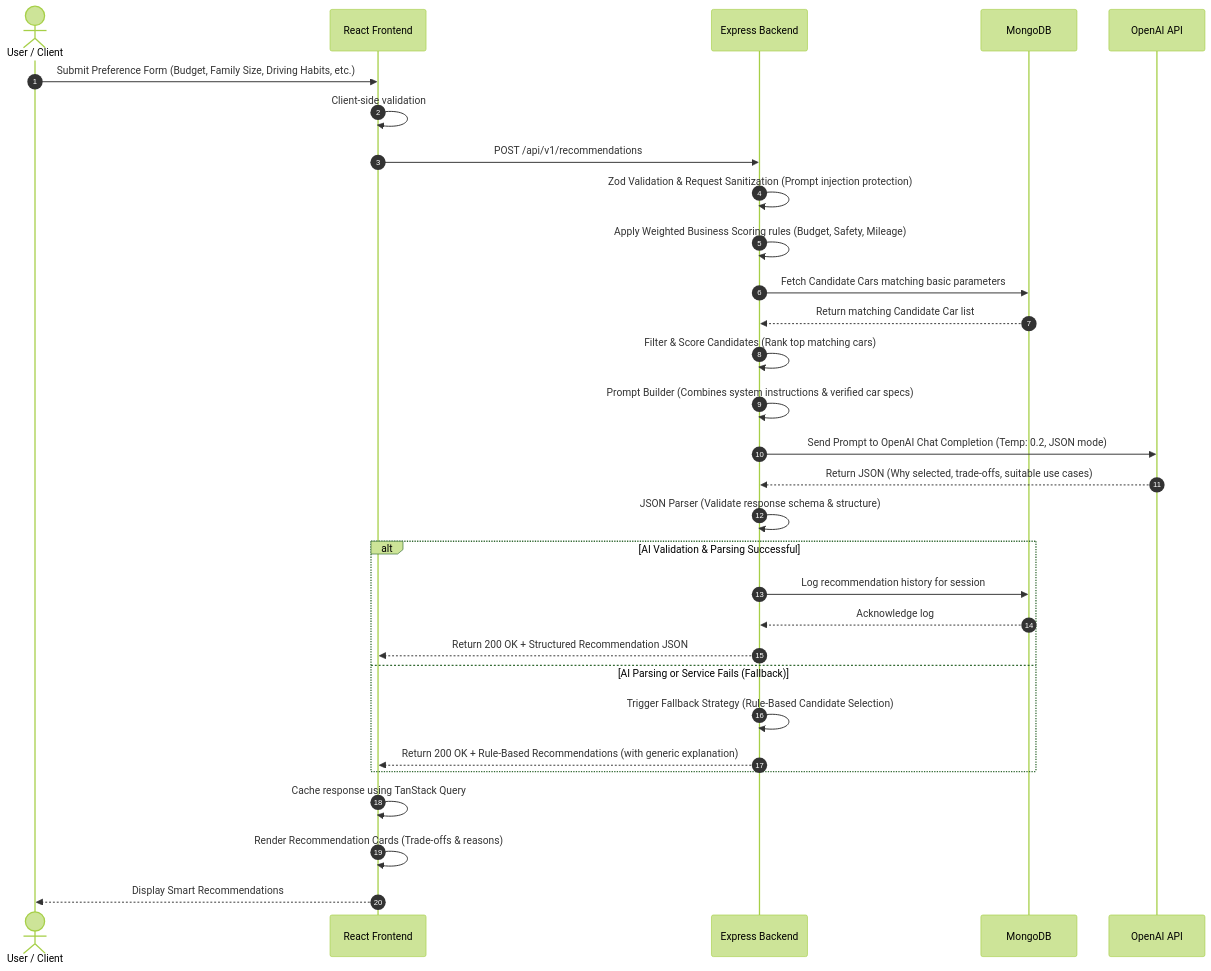
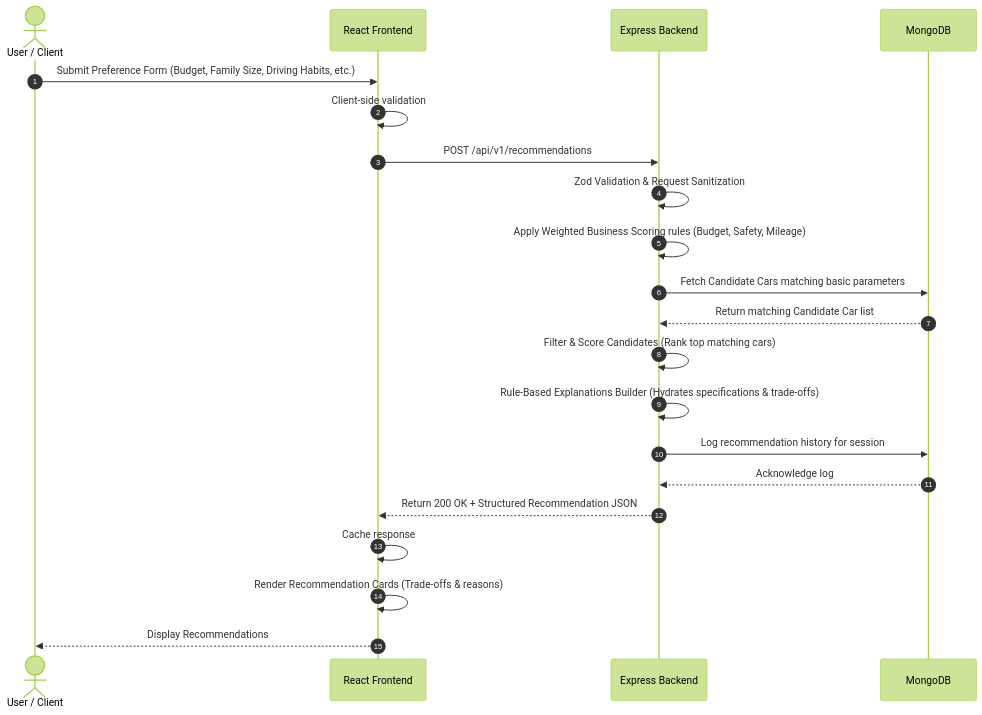
One commit to ShankarSwarup/cardekho_assignment changed the fourth of 10 diagrams in README.md. Above: the diagram before and after it, drawn with Mermaid (forest theme). The commit also changed other lines of this file and 63 other files, not shown here.

````diff
--- a/README.md
+++ b/README.md
@@ -124,35 +123,24 @@
 ```mermaid
 sequenceDiagram
     autonumber
     actor User as User / Client
     participant FE as React Frontend
     participant BE as Express Backend
     participant DB as MongoDB
-    participant AI as OpenAI API
     
     User->>FE: Submit Preference Form (Budget, Family Size, Driving Habits, etc.)
     FE->>FE: Client-side validation
     FE->>BE: POST /api/v1/recommendations
-    BE->>BE: Zod Validation & Request Sanitization (Prompt injection protection)
+    BE->>BE: Zod Validation & Request Sanitization
     BE->>BE: Apply Weighted Business Scoring rules (Budget, Safety, Mileage)
     BE->>DB: Fetch Candidate Cars matching basic parameters
     DB-->>BE: Return matching Candidate Car list
     BE->>BE: Filter & Score Candidates (Rank top matching cars)
-    BE->>BE: Prompt Builder (Combines system instructions & verified car specs)
-    BE->>AI: Send Prompt to OpenAI Chat Completion (Temp: 0.2, JSON mode)
-    AI-->>BE: Return JSON (Why selected, trade-offs, suitable use cases)
-    BE->>BE: JSON Parser (Validate response schema & structure)
-    
-    alt AI Validation & Parsing Successful
-        BE->>DB: Log recommendation history for session
-        DB-->>BE: Acknowledge log
-        BE-->>FE: Return 200 OK + Structured Recommendation JSON
-    else AI Parsing or Service Fails (Fallback)
-        BE->>BE: Trigger Fallback Strategy (Rule-Based Candidate Selection)
-        BE-->>FE: Return 200 OK + Rule-Based Recommendations (with generic explanation)
-    end
-    
-    FE->>FE: Cache response using TanStack Query
+    BE->>BE: Rule-Based Explanations Builder (Hydrates specifications & trade-offs)
+    BE->>DB: Log recommendation history for session
+    DB-->>BE: Acknowledge log
+    BE-->>FE: Return 200 OK + Structured Recommendation JSON
+    FE->>FE: Cache response
     FE->>FE: Render Recommendation Cards (Trade-offs & reasons)
-    FE-->>User: Display Smart Recommendations
+    FE-->>User: Display Recommendations
 ```
````
